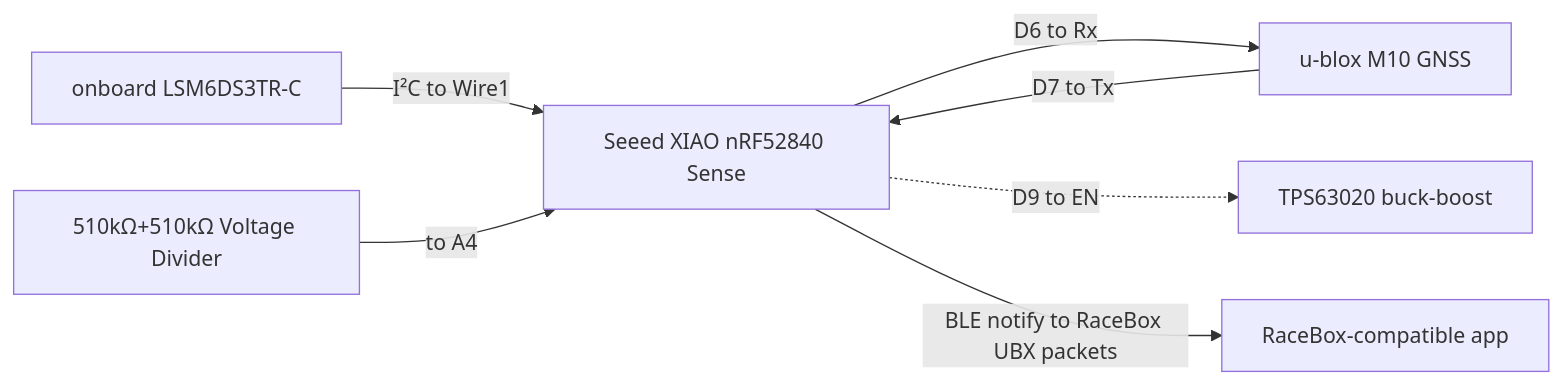
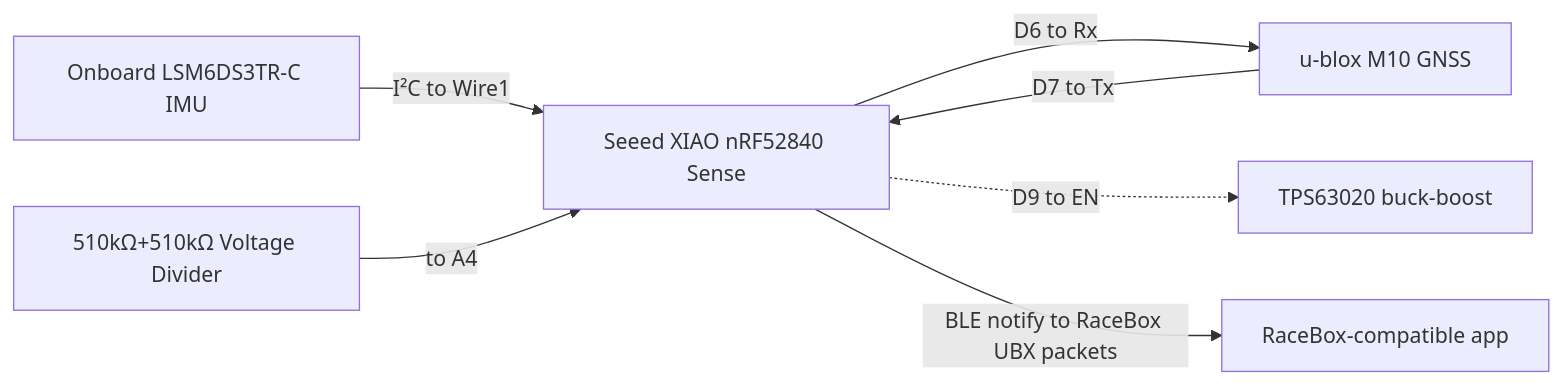
The diagram in src/Gnimu-nRF52840/README.md (c20d-us/Gnimu), drawn with Mermaid before and after one commit. The commit also changed other lines of this file and 2 other files, not shown here.

````diff
--- a/src/Gnimu-nRF52840/README.md
+++ b/src/Gnimu-nRF52840/README.md
@@ -109,9 +109,9 @@
 ```mermaid
 flowchart LR
-    IMU["onboard LSM6DS3TR-C"] -- "I²C to Wire1" --> XIAO["Seeed XIAO nRF52840 Sense"]
+    IMU["Onboard LSM6DS3TR-C IMU"] -- "I²C to Wire1" --> XIAO["Seeed XIAO nRF52840 Sense"]
     GNSS["u-blox M10 GNSS"] -- "D7 to Tx" --> XIAO
     XIAO -- "D6 to Rx" --> GNSS
     VDIV["510kΩ+510kΩ Voltage Divider"] -- "to A4" --> XIAO
     XIAO -. "D9 to EN" .-> BB["TPS63020 buck-boost"]
     XIAO -- "BLE notify to RaceBox UBX packets" --> App["RaceBox-compatible app"]
 ```
````
